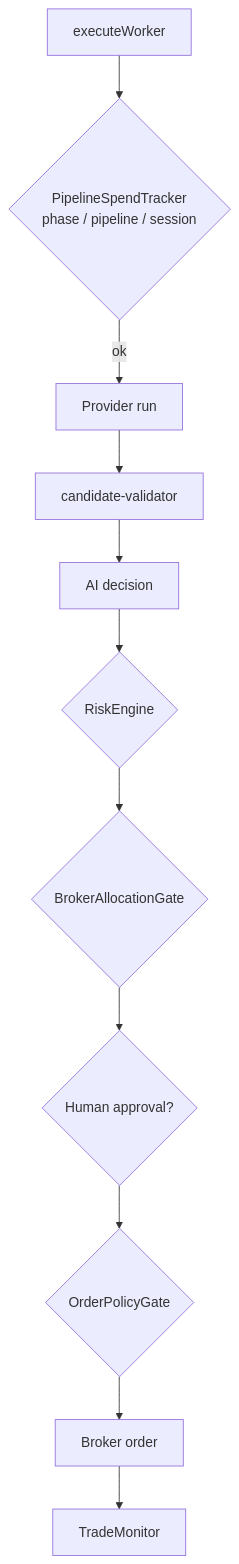
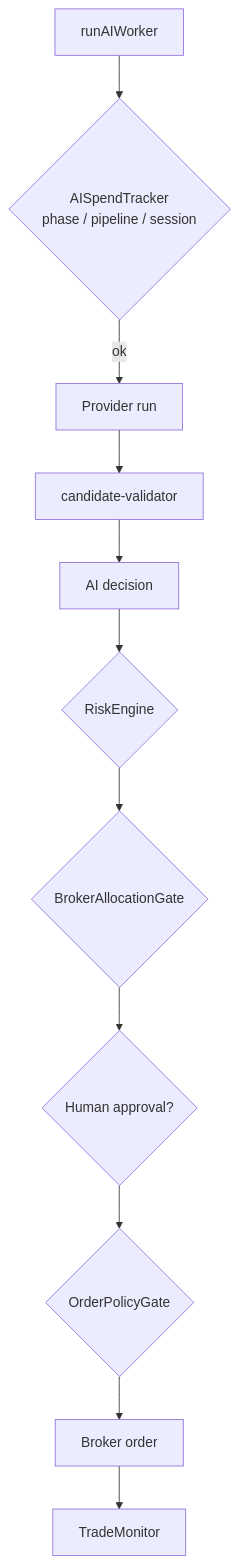
Diagram 13 of 16 in docs/architecture/ai-runtime.md (KennethAtchon/Exva), drawn with Mermaid before and after one commit. The commit also changed other lines of this file and 206 other files, not shown here.

````diff
--- a/docs/architecture/ai-runtime.md
+++ b/docs/architecture/ai-runtime.md
@@ -548,13 +548,13 @@
 ```mermaid
 graph TD
-    Worker["executeWorker"] --> Spend{"PipelineSpendTracker\nphase / pipeline / session"}
+    Worker["runAIWorker"] --> Spend{"AISpendTracker\nphase / pipeline / session"}
     Spend -->|ok| AI["Provider run"]
     AI --> Candidate["candidate-validator"]
     Candidate --> Decision["AI decision"]
     Decision --> Risk{"RiskEngine"}
     Risk --> Allocation{"BrokerAllocationGate"}
     Allocation --> Approval{"Human approval?"}
     Approval --> Policy{"OrderPolicyGate"}
     Policy --> Order["Broker order"]
     Order --> Monitor["TradeMonitor"]
 ```
````
